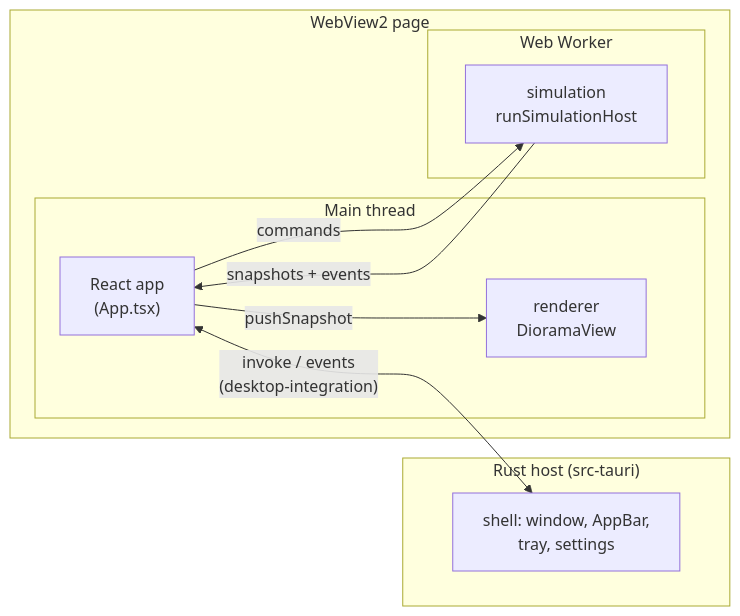
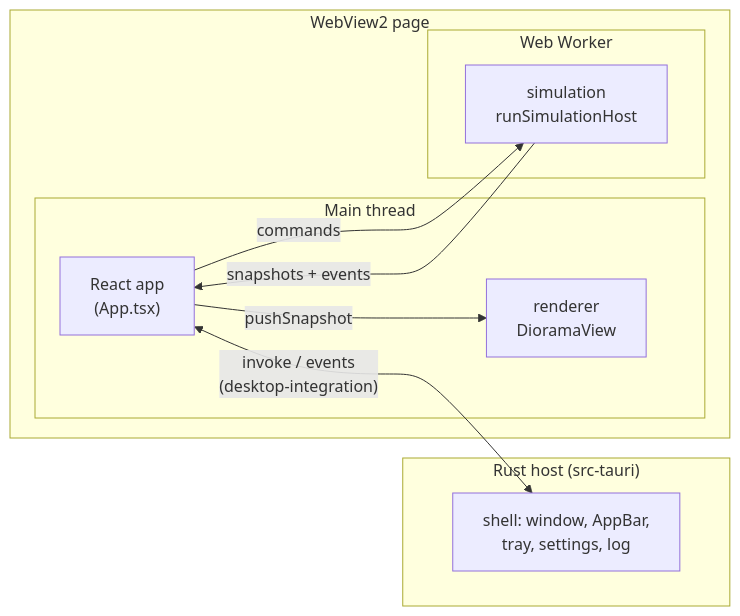
Before and after one commit to zhangwy324/living-diorama: the second of 2 diagrams in docs/architecture.md, drawn with Mermaid. The commit also changed other lines of this file, not shown here.

Commit message:
Add the diagnostics log to the architecture overview (#32)

````diff
--- a/docs/architecture.md
+++ b/docs/architecture.md
@@ -44,20 +44,20 @@
 ```mermaid
 flowchart LR
   subgraph host["Rust host (src-tauri)"]
-    shell["shell: window, AppBar,<br/>tray, settings"]
+    shell["shell: window, AppBar,<br/>tray, settings, log"]
   end
   subgraph webview["WebView2 page"]
     subgraph main["Main thread"]
       app["React app<br/>(App.tsx)"]
       view["renderer<br/>DioramaView"]
     end
     subgraph worker["Web Worker"]
       sim["simulation<br/>runSimulationHost"]
     end
   end
 
   app <-- "invoke / events<br/>(desktop-integration)" --> shell
   app -- "commands" --> sim
   sim -- "snapshots + events" --> app
   app -- "pushSnapshot" --> view
 ```
````
